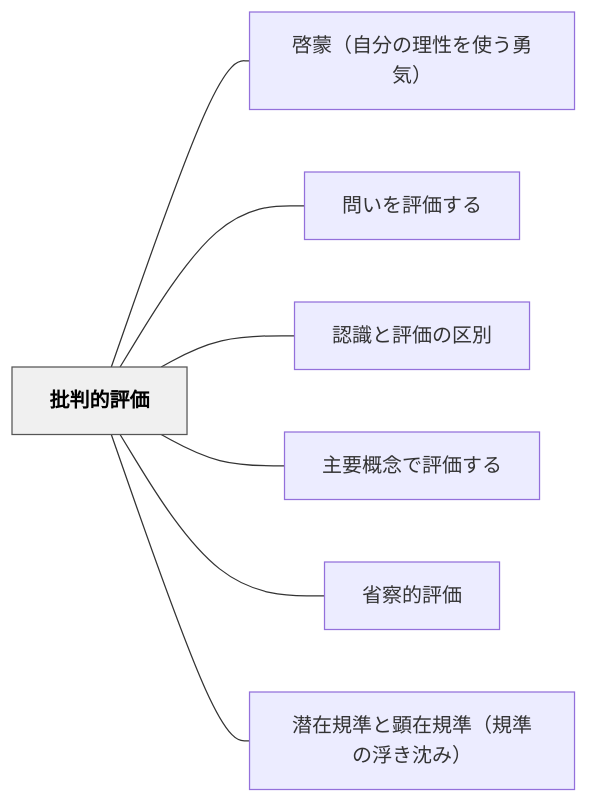
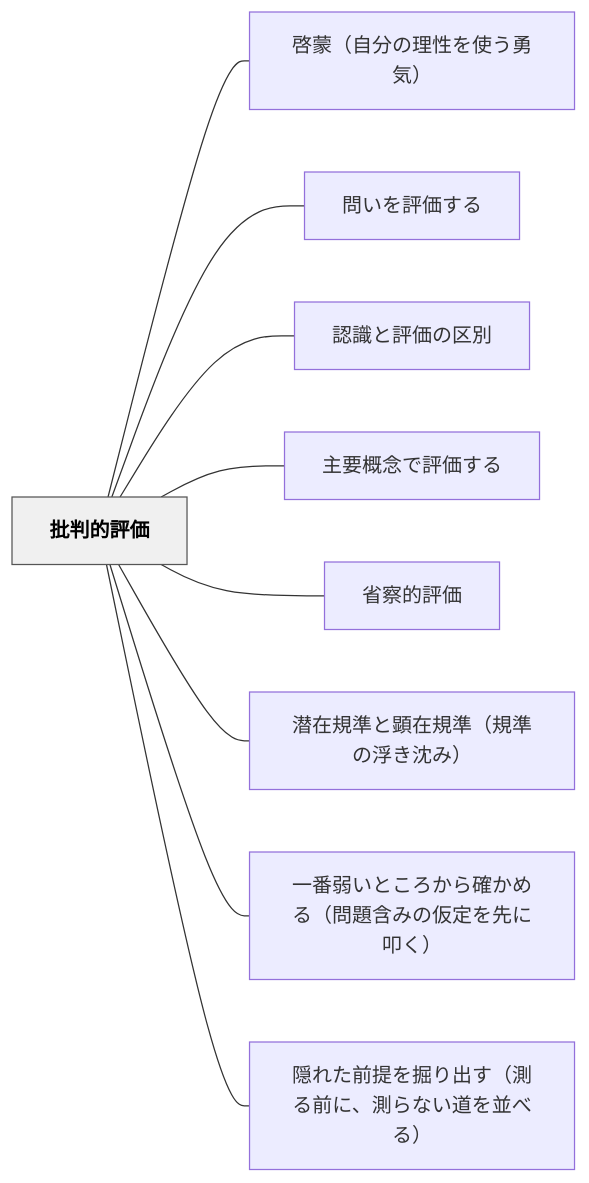
One commit to unknownthings-ed-patterns/unknownthings-ed-patterns changed the diagram in content/パタン/批判的評価.md. Above: the diagram before and after it, drawn with Mermaid. The commit also changed other lines of this file and 6 other files, not shown here.

````diff
--- a/content/パタン/批判的評価.md
+++ b/content/パタン/批判的評価.md
@@ -40,20 +40,24 @@
 ```mermaid
 flowchart LR
     ne689b9e588a4e79a84e8a995e4bea1["批判的評価"]
     ne59593e89299efbc88e887aae58886e381aee79086e680a7e38292e4bdbfe38186e58b87e6b097efbc89["啓蒙（自分の理性を使う勇気）"]
     ne5958fe38184e38292e8a995e4bea1e38199e3828b["問いを評価する"]
     ne8aa8de8ad98e381a8e8a995e4bea1e381aee58cbae588a5["認識と評価の区別"]
     ne4b8bbe8a681e6a682e5bfb5e381a7e8a995e4bea1e38199e3828b["主要概念で評価する"]
     ne79c81e5af9fe79a84e8a995e4bea1["省察的評価"]
     ne6bd9ce59ca8e8a68fe6ba96e381a8e9a195e59ca8e8a68fe6ba96efbc88e8a68fe6ba96e381aee6b5aee3818de6b288e381bfefbc89["潜在規準と顕在規準（規準の浮き沈み）"]
+    ne4b880e795aae5bcb1e38184e381a8e38193e3828de3818be38289e7a2bae3818be38281e3828befbc88e5958fe9a18ce590abe381bfe381aee4bbaee5ae9ae38292e58588e381abe58fa9e3818fefbc89["一番弱いところから確かめる（問題含みの仮定を先に叩く）"]
+    ne99aa0e3828ce3819fe5898de68f90e38292e68e98e3828ae587bae38199efbc88e6b8ace3828be5898de381abe38081e6b8ace38289e381aae38184e98193e38292e4b8a6e381b9e3828befbc89["隠れた前提を掘り出す（測る前に、測らない道を並べる）"]
 
     ne689b9e588a4e79a84e8a995e4bea1 --- ne59593e89299efbc88e887aae58886e381aee79086e680a7e38292e4bdbfe38186e58b87e6b097efbc89
     ne689b9e588a4e79a84e8a995e4bea1 --- ne5958fe38184e38292e8a995e4bea1e38199e3828b
     ne689b9e588a4e79a84e8a995e4bea1 --- ne8aa8de8ad98e381a8e8a995e4bea1e381aee58cbae588a5
     ne689b9e588a4e79a84e8a995e4bea1 --- ne4b8bbe8a681e6a682e5bfb5e381a7e8a995e4bea1e38199e3828b
     ne689b9e588a4e79a84e8a995e4bea1 --- ne79c81e5af9fe79a84e8a995e4bea1
     ne689b9e588a4e79a84e8a995e4bea1 --- ne6bd9ce59ca8e8a68fe6ba96e381a8e9a195e59ca8e8a68fe6ba96efbc88e8a68fe6ba96e381aee6b5aee3818de6b288e381bfefbc89
+    ne689b9e588a4e79a84e8a995e4bea1 --- ne4b880e795aae5bcb1e38184e381a8e38193e3828de3818be38289e7a2bae3818be38281e3828befbc88e5958fe9a18ce590abe381bfe381aee4bbaee5ae9ae38292e58588e381abe58fa9e3818fefbc89
+    ne689b9e588a4e79a84e8a995e4bea1 --- ne99aa0e3828ce3819fe5898de68f90e38292e68e98e3828ae587bae38199efbc88e6b8ace3828be5898de381abe38081e6b8ace38289e381aae38184e98193e38292e4b8a6e381b9e3828befbc89
 
     classDef hub fill:#f0f0f0,stroke:#555,color:#000,font-weight:bold
     class ne689b9e588a4e79a84e8a995e4bea1 hub
 ```
````
